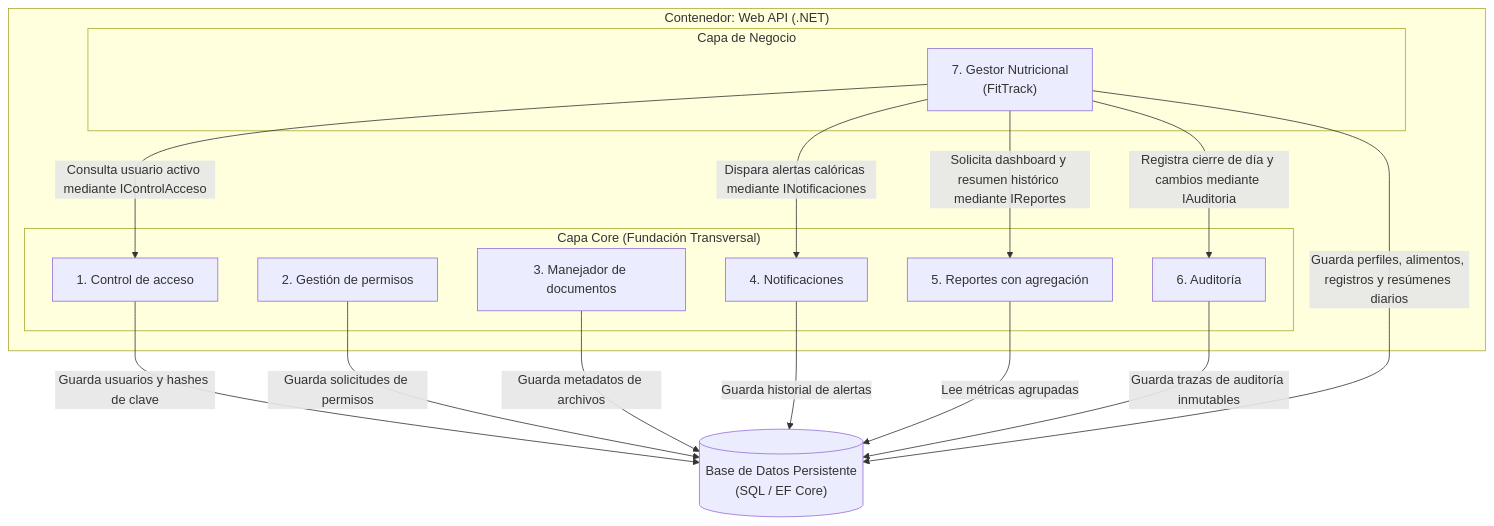
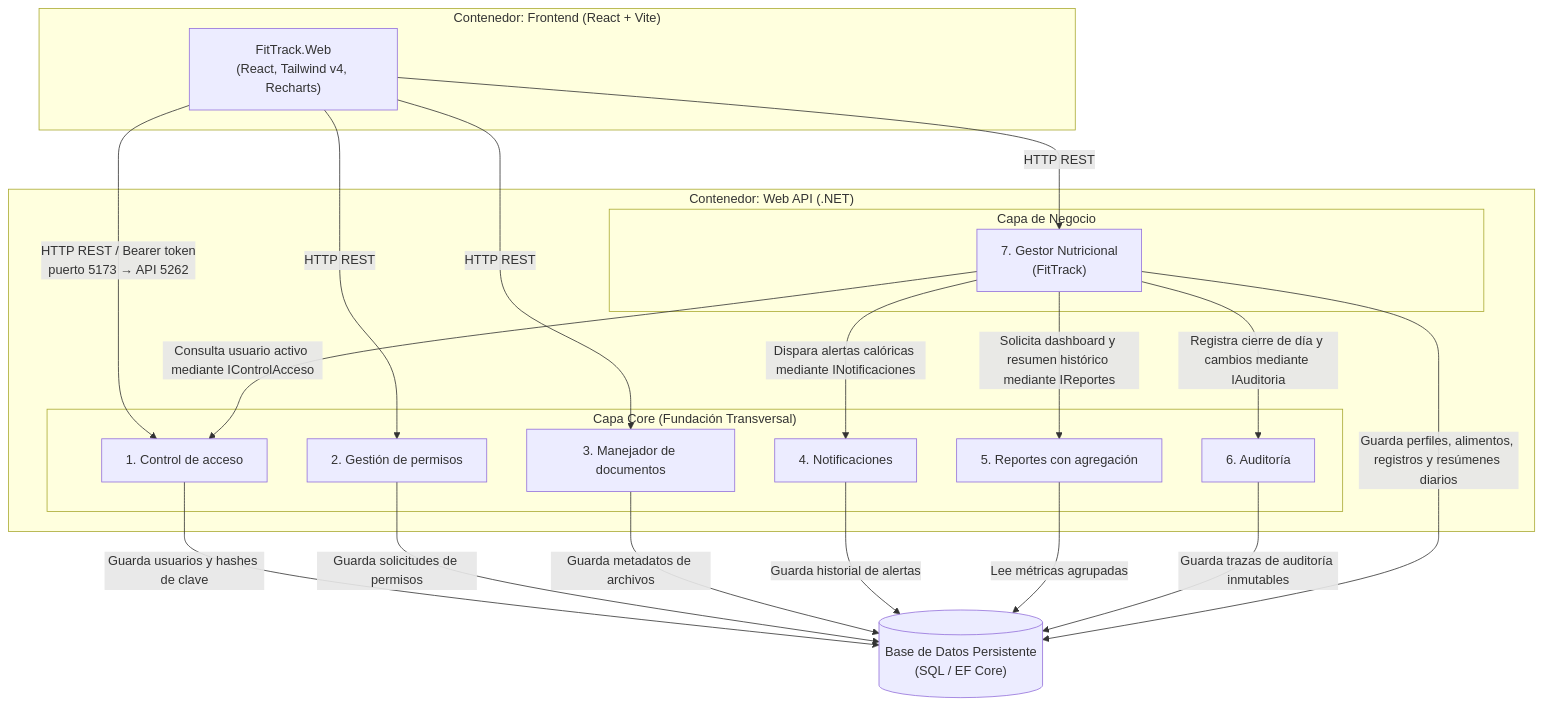
The second of 3 diagrams in README.md (carlosgabrielcastellanossuriel-lgtm/FitTrack), drawn with Mermaid before and after one commit. The commit also changed other lines of this file, not shown here.

Commit message:
docs: agregar FitTrack.Web al README (estructura, prerrequisitos, frontend, diagrama de componentes, contenedor y estado del proyecto)

````diff
--- a/README.md
+++ b/README.md
@@ -498,36 +533,46 @@
 ```mermaid
 flowchart TB
+    subgraph FrontendWeb ["Contenedor: Frontend (React + Vite)"]
+        UI["FitTrack.Web\n(React, Tailwind v4, Recharts)"]
+    end
+
     subgraph WebAPI ["Contenedor: Web API (.NET)"]
-        
+
         subgraph Core ["Capa Core (Fundación Transversal)"]
             CA["1. Control de acceso"]
             GP["2. Gestión de permisos"]
             MD["3. Manejador de documentos"]
             N["4. Notificaciones"]
             RA["5. Reportes con agregación"]
             AUD["6. Auditoría"]
         end
 
         subgraph ModuloNegocio ["Capa de Negocio"]
             GN["7. Gestor Nutricional\n(FitTrack)"]
         end
 
     end
 
     DB[("Base de Datos Persistente\n(SQL / EF Core)")]
 
+    %% El frontend llama a la API por HTTP (Bearer token)
+    UI -->|"HTTP REST / Bearer token\npuerto 5173 → API 5262"| CA
+    UI -->|"HTTP REST"| GP
+    UI -->|"HTTP REST"| MD
+    UI -->|"HTTP REST"| GN
+
     %% Relaciones del Módulo hacia el Core (Dependencia en un solo sentido)
     GN -->|"Consulta usuario activo mediante IControlAcceso"| CA
     GN -->|"Dispara alertas calóricas mediante INotificaciones"| N
     GN -->|"Registra cierre de día y cambios mediante IAuditoria"| AUD
     GN -->|"Solicita dashboard y resumen histórico mediante IReportes"| RA
 
     %% Persistencia (Base de Datos fuera del contenedor)
     CA -->|"Guarda usuarios y hashes de clave"| DB
     GP -->|"Guarda solicitudes de permisos"| DB
     MD -->|"Guarda metadatos de archivos"| DB
     N -->|"Guarda historial de alertas"| DB
     RA -->|"Lee métricas agrupadas"| DB
     AUD -->|"Guarda trazas de auditoría inmutables"| DB
     GN -->|"Guarda perfiles, alimentos, registros y resúmenes diarios"| DB
 ```
````
